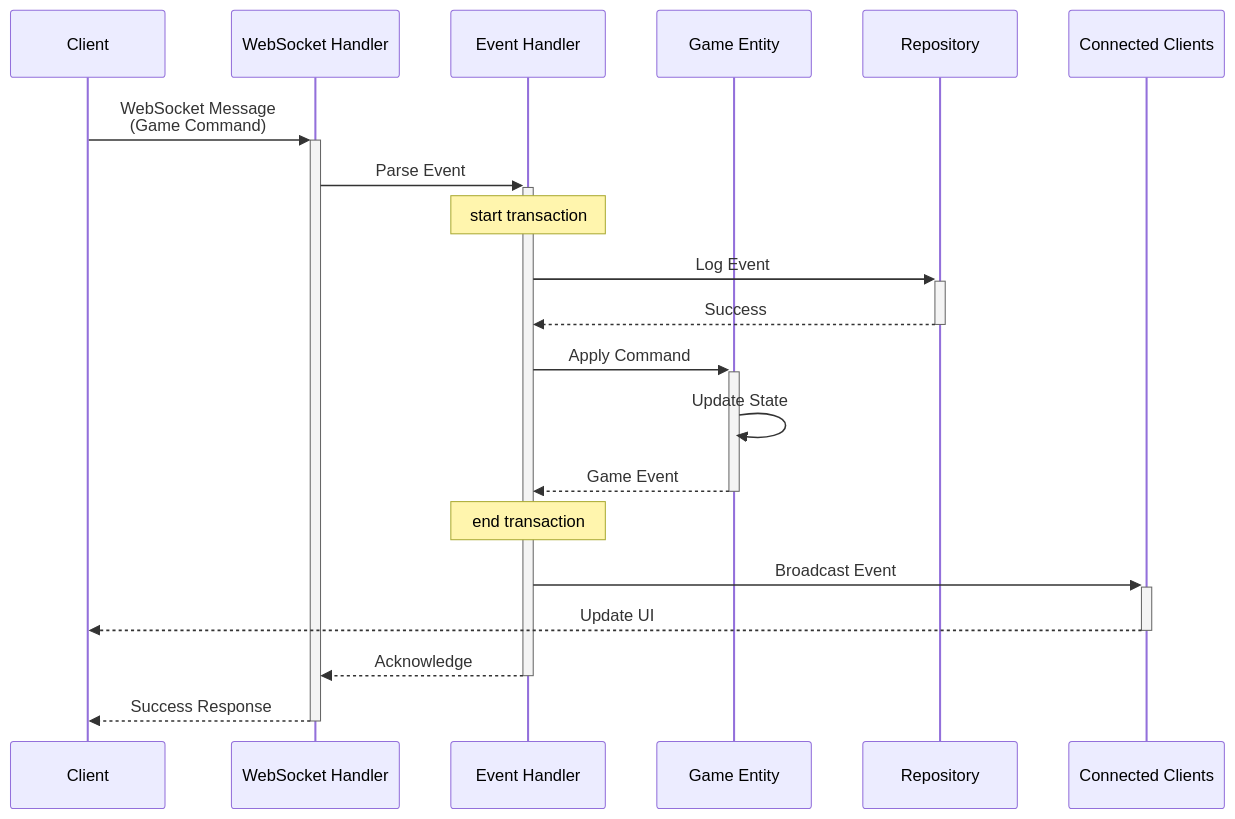
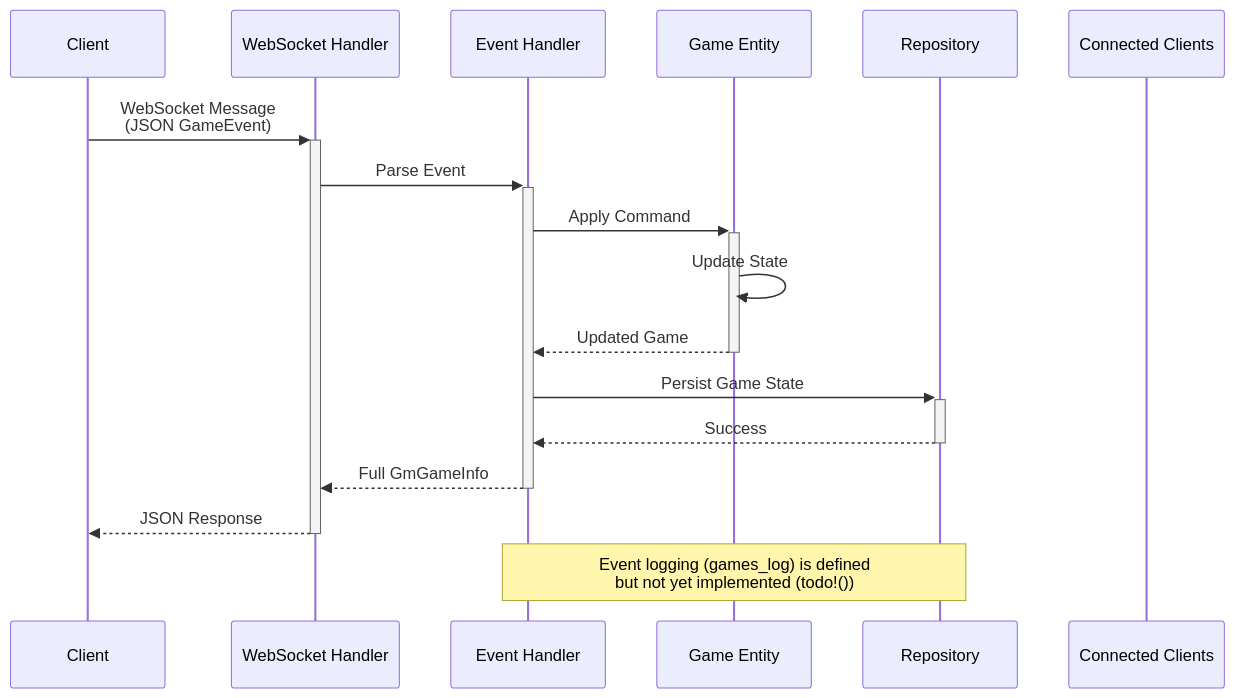
Diagram 12 of 13 in backend/ARCHITECTURE.md (jakob-rzeppa/turnkeeper), drawn with Mermaid before and after one commit. The commit also changed other lines of this file and 4 other files, not shown here.

````diff
--- a/backend/ARCHITECTURE.md
+++ b/backend/ARCHITECTURE.md
@@ -424,23 +423,21 @@
 ```mermaid
 sequenceDiagram
     participant Client
     participant WS as WebSocket Handler
     participant EventH as Event Handler
     participant Game as Game Entity
     participant Repo as Repository
     participant Clients as Connected Clients
-    
-    Client->>+WS: WebSocket Message<br/>(Game Command)
+
+    Client->>+WS: WebSocket Message<br/>(JSON GameEvent)
     WS->>+EventH: Parse Event
-    note over EventH: start transaction
-    EventH->>+Repo: Log Event
-    Repo-->>-EventH: Success
     EventH->>+Game: Apply Command
     Game->>Game: Update State
-    Game-->>-EventH: Game Event
-    note over EventH: end transaction
-    EventH->>+Clients: Broadcast Event
-    Clients-->>-Client: Update UI
-    EventH-->>-WS: Acknowledge
-    WS-->>-Client: Success Response
+    Game-->>-EventH: Updated Game
+    EventH->>+Repo: Persist Game State
+    Repo-->>-EventH: Success
+    EventH-->>-WS: Full GmGameInfo
+    WS-->>-Client: JSON Response
+
+    Note over EventH,Repo: Event logging (games_log) is defined<br/>but not yet implemented (todo!())
 ```
````
